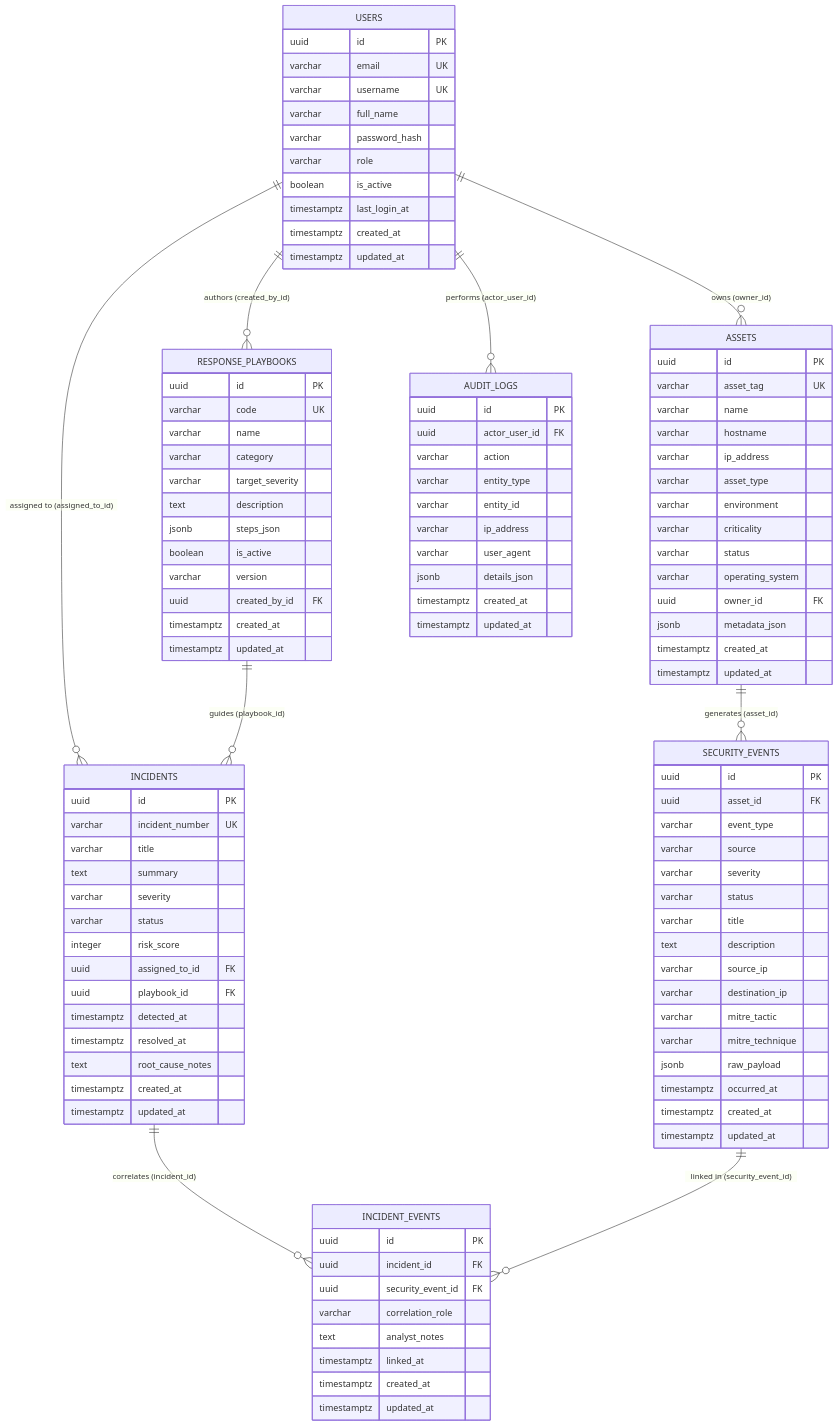
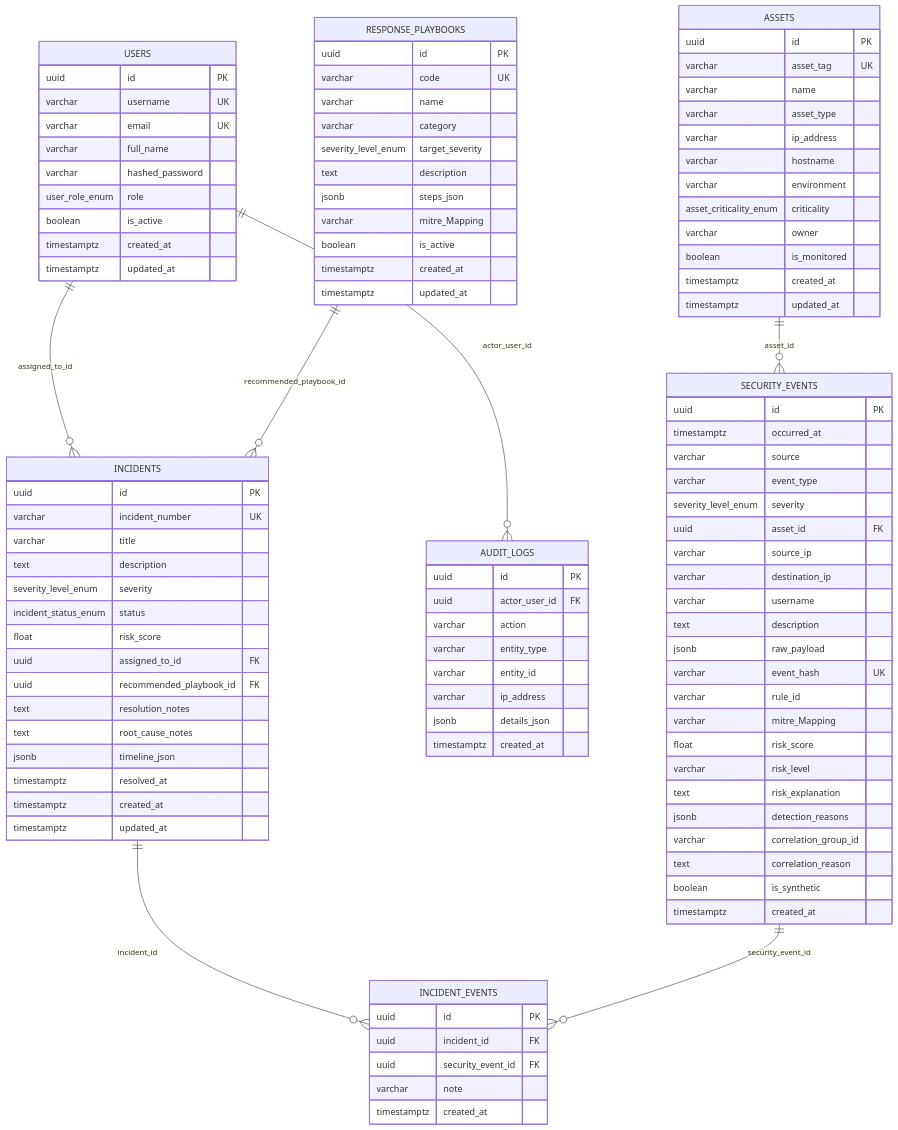
One commit to Maverick-list/satria-sentinel changed the diagram in docs/DATABASE_DESIGN.md. Above: the diagram before and after it, drawn with Mermaid. The commit also changed other lines of this file and 24 other files, not shown here.

````diff
--- a/docs/DATABASE_DESIGN.md
+++ b/docs/DATABASE_DESIGN.md
@@ -16,25 +15,20 @@
 ```mermaid
 erDiagram
-    USERS ||--o{ ASSETS : "owns (owner_id)"
-    USERS ||--o{ INCIDENTS : "assigned to (assigned_to_id)"
-    USERS ||--o{ RESPONSE_PLAYBOOKS : "authors (created_by_id)"
-    USERS ||--o{ AUDIT_LOGS : "performs (actor_user_id)"
-
-    ASSETS ||--o{ SECURITY_EVENTS : "generates (asset_id)"
-    RESPONSE_PLAYBOOKS ||--o{ INCIDENTS : "guides (playbook_id)"
-
-    INCIDENTS ||--o{ INCIDENT_EVENTS : "correlates (incident_id)"
-    SECURITY_EVENTS ||--o{ INCIDENT_EVENTS : "linked in (security_event_id)"
+    USERS ||--o{ INCIDENTS : "assigned_to_id"
+    USERS ||--o{ AUDIT_LOGS : "actor_user_id"
+    ASSETS ||--o{ SECURITY_EVENTS : "asset_id"
+    RESPONSE_PLAYBOOKS ||--o{ INCIDENTS : "recommended_playbook_id"
+    INCIDENTS ||--o{ INCIDENT_EVENTS : "incident_id"
+    SECURITY_EVENTS ||--o{ INCIDENT_EVENTS : "security_event_id"
 
     USERS {
         uuid id PK
+        varchar username UK
         varchar email UK
-        varchar username UK
         varchar full_name
-        varchar password_hash
-        varchar role
+        varchar hashed_password
+        user_role_enum role
         boolean is_active
-        timestamptz last_login_at
         timestamptz created_at
         timestamptz updated_at
     }
@@ -43,66 +37,56 @@
         uuid id PK
         varchar asset_tag UK
         varchar name
+        varchar asset_type
+        varchar ip_address
         varchar hostname
-        varchar ip_address
-        varchar asset_type
         varchar environment
-        varchar criticality
-        varchar status
-        varchar operating_system
-        uuid owner_id FK
-        jsonb metadata_json
+        asset_criticality_enum criticality
+        varchar owner
+        boolean is_monitored
         timestamptz created_at
         timestamptz updated_at
     }
 
     SECURITY_EVENTS {
         uuid id PK
+        timestamptz occurred_at
+        varchar source
+        varchar event_type
+        severity_level_enum severity
         uuid asset_id FK
-        varchar event_type
-        varchar source
-        varchar severity
-        varchar status
-        varchar title
-        text description
         varchar source_ip
         varchar destination_ip
-        varchar mitre_tactic
-        varchar mitre_technique
+        varchar username
+        text description
         jsonb raw_payload
-        timestamptz occurred_at
+        varchar event_hash UK
+        varchar rule_id
+        varchar mitre_Mapping
+        float risk_score
+        varchar risk_level
+        text risk_explanation
+        jsonb detection_reasons
+        varchar correlation_group_id
+        text correlation_reason
+        boolean is_synthetic
         timestamptz created_at
-        timestamptz updated_at
-    }
-
-    RESPONSE_PLAYBOOKS {
-        uuid id PK
-        varchar code UK
-        varchar name
-        varchar category
-        varchar target_severity
-        text description
-        jsonb steps_json
-        boolean is_active
-        varchar version
-        uuid created_by_id FK
-        timestamptz created_at
-        timestamptz updated_at
     }
 
     INCIDENTS {
         uuid id PK
         varchar incident_number UK
         varchar title
-        text summary
-        varchar severity
-        varchar status
-        integer risk_score
+        text description
+        severity_level_enum severity
+        incident_status_enum status
+        float risk_score
         uuid assigned_to_id FK
-        uuid playbook_id FK
-        timestamptz detected_at
+        uuid recommended_playbook_id FK
+        text resolution_notes
+        text root_cause_notes
+        jsonb timeline_json
         timestamptz resolved_at
-        text root_cause_notes
         timestamptz created_at
         timestamptz updated_at
     }
@@ -111,9 +95,20 @@
         uuid id PK
         uuid incident_id FK
         uuid security_event_id FK
-        varchar correlation_role
-        text analyst_notes
-        timestamptz linked_at
+        varchar note
+        timestamptz created_at
+    }
+
+    RESPONSE_PLAYBOOKS {
+        uuid id PK
+        varchar code UK
+        varchar name
+        varchar category
+        severity_level_enum target_severity
+        text description
+        jsonb steps_json
+        varchar mitre_Mapping
+        boolean is_active
         timestamptz created_at
         timestamptz updated_at
     }
@@ -125,9 +120,7 @@
         varchar entity_type
         varchar entity_id
         varchar ip_address
-        varchar user_agent
         jsonb details_json
         timestamptz created_at
-        timestamptz updated_at
     }
 ```
````
